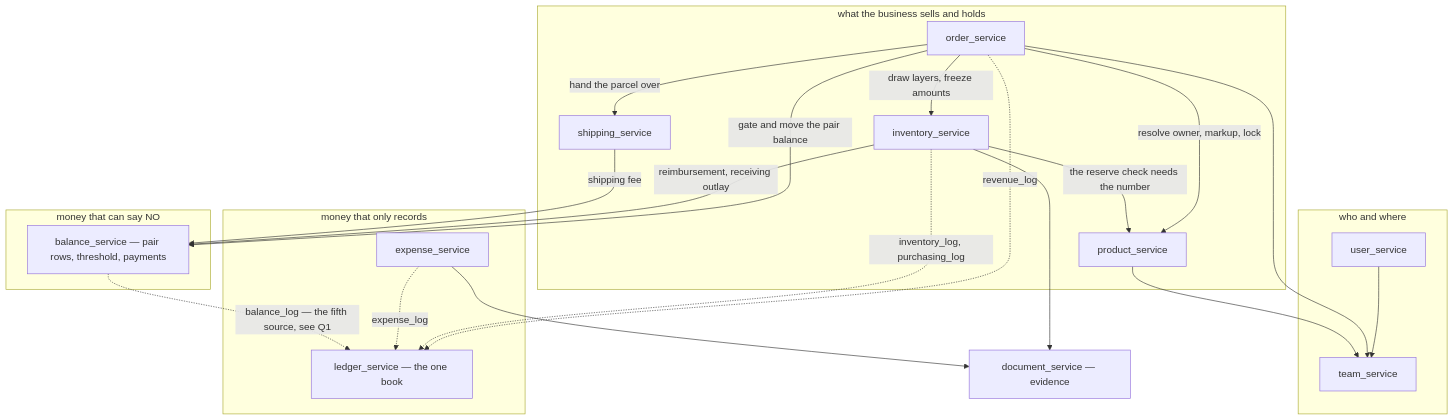
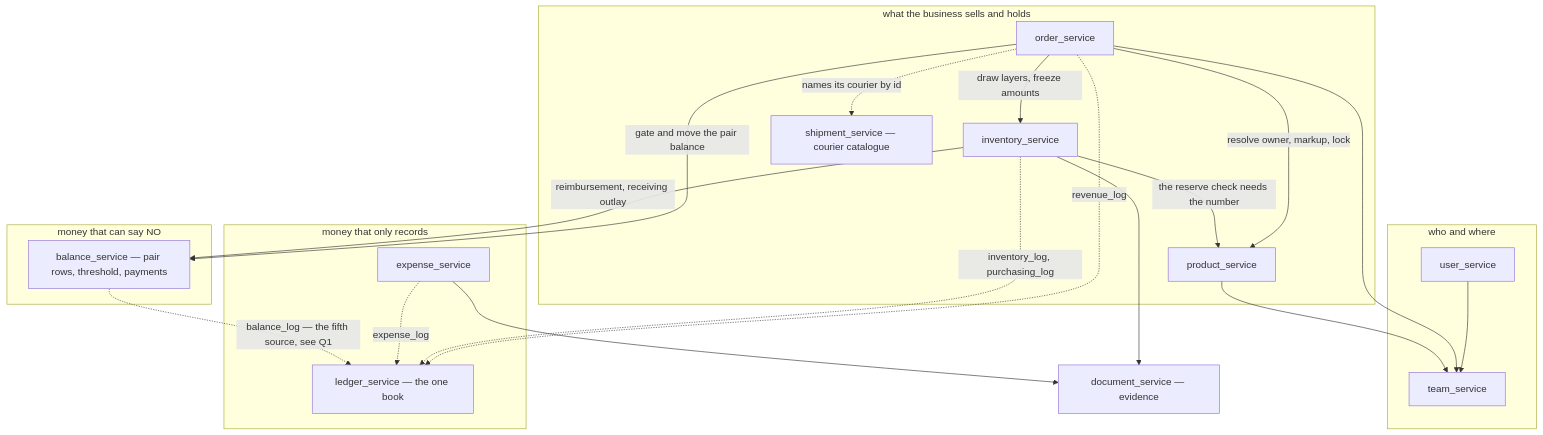
One commit to pdcgo/warehouse_revamp changed the second of 7 diagrams in docs/technical/architecture/context_clarify.md. Above: the diagram before and after it, drawn with Mermaid. The commit also changed other lines of this file and 1 other file, not shown here.

First line of the commit message:
architecture: re-examine the clarify against the built shipment context

````diff
--- a/docs/technical/architecture/context_clarify.md
+++ b/docs/technical/architecture/context_clarify.md
@@ -192,38 +200,37 @@
 ```mermaid
 flowchart TB
   subgraph "who and where"
     U["user_service"]
     T["team_service"]
   end
   subgraph "what the business sells and holds"
     P["product_service"]
     I["inventory_service"]
     O["order_service"]
-    SH["shipping_service"]
+    SH["shipment_service — courier catalogue"]
   end
   subgraph "money that can say NO"
     B["balance_service — pair rows, threshold, payments"]
   end
   subgraph "money that only records"
     E["expense_service"]
     L["ledger_service — the one book"]
   end
   D["document_service — evidence"]
 
   O -->|"resolve owner, markup, lock"| P
   O -->|"draw layers, freeze amounts"| I
   O -->|"gate and move the pair balance"| B
-  O -->|"hand the parcel over"| SH
+  O -.->|"names its courier by id"| SH
   I -->|"the reserve check needs the number"| P
   I -->|"reimbursement, receiving outlay"| B
-  SH -->|"shipping fee"| B
   O -.->|"revenue_log"| L
   I -.->|"inventory_log, purchasing_log"| L
   E -.->|"expense_log"| L
   B -.->|"balance_log — the fifth source, see Q1"| L
   I --> D
   E --> D
   U --> T
   O --> T
   P --> T
 ```
````
